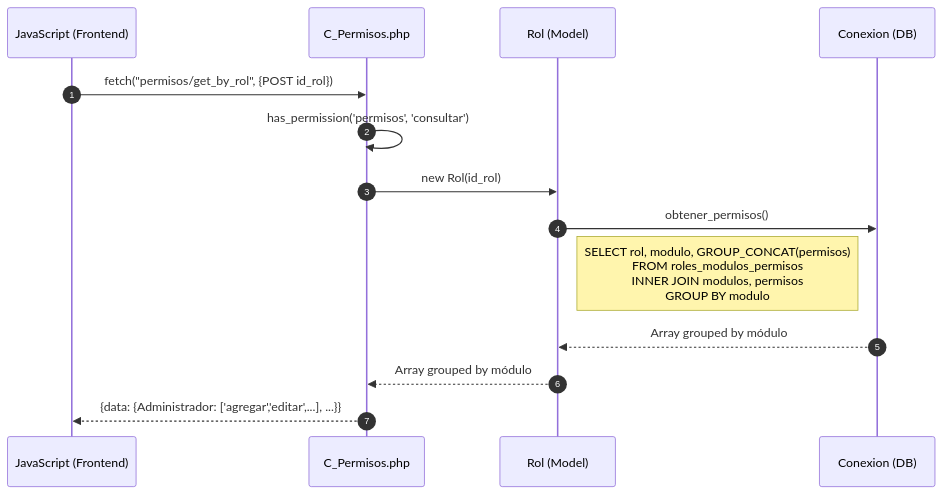
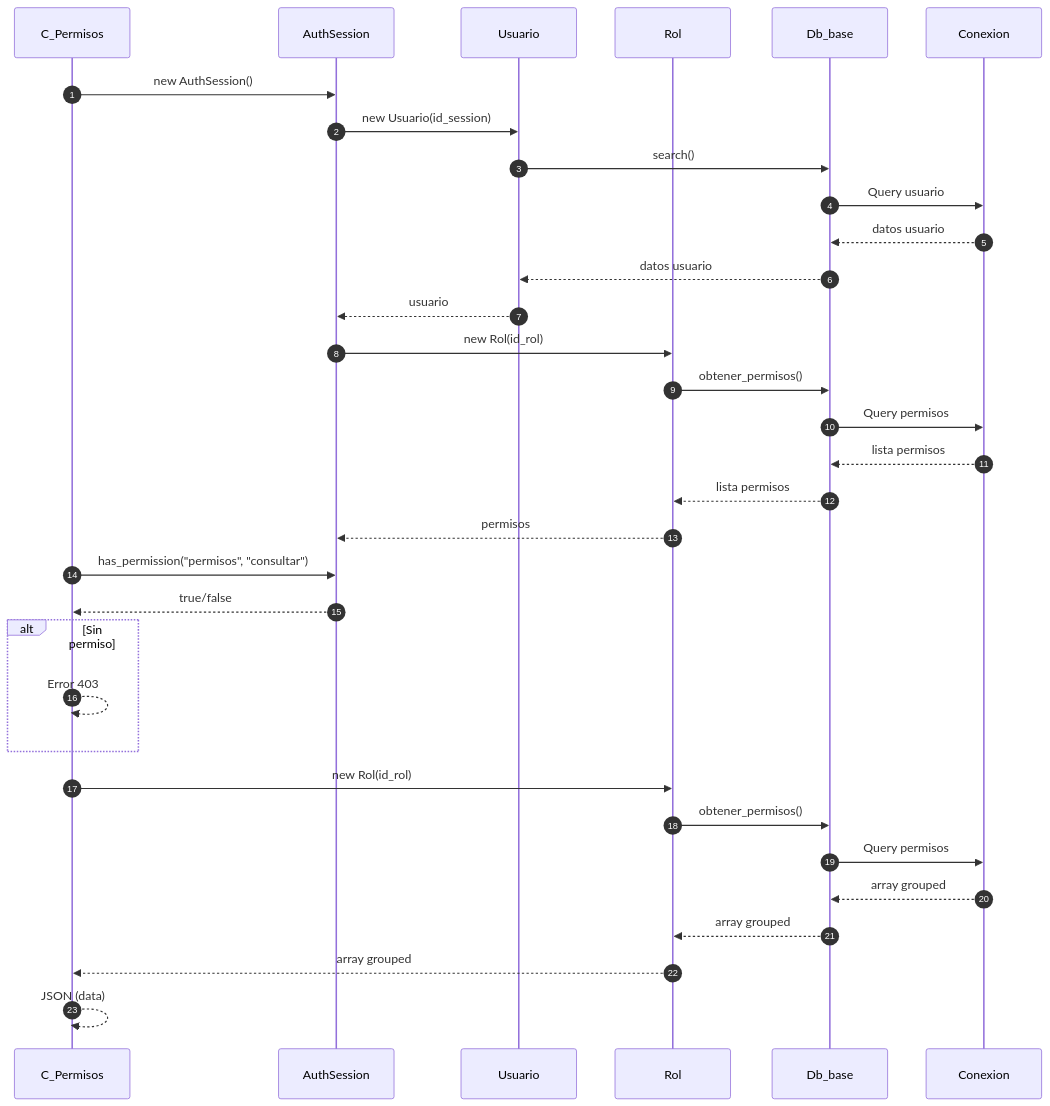
Before and after one commit to Tecrato/BurgerHouse: the fourth of 4 diagrams in docs/secuencia/permisos/permisos.md, drawn with Mermaid. The commit also changed other lines of this file and 13 other files, not shown here.

First line of the commit message:
diagramas actualizaos

````diff
--- a/docs/secuencia/permisos/permisos.md
+++ b/docs/secuencia/permisos/permisos.md
@@ -82,22 +141,41 @@
 ```mermaid
 sequenceDiagram
     autonumber
-    participant JS as JavaScript (Frontend)
-    participant C_Permisos as C_Permisos.php
-    participant Rol as Rol (Model)
-    participant DB as Conexion (DB)
+    participant C_Permisos as C_Permisos
+    participant AuthSession as AuthSession
+    participant Usuario as Usuario
+    participant Rol as Rol
+    participant Db_base as Db_base
+    participant Conexion as Conexion
     
-    JS->>C_Permisos: fetch("permisos/get_by_rol", {POST id_rol})
+    C_Permisos->>AuthSession: new AuthSession()
+    AuthSession->>Usuario: new Usuario(id_session)
+    Usuario->>Db_base: search()
+    Db_base->>Conexion: Query usuario
+    Conexion-->>Db_base: datos usuario
+    Db_base-->>Usuario: datos usuario
+    Usuario-->>AuthSession: usuario
     
-    C_Permisos->>C_Permisos: has_permission('permisos', 'consultar')
+    AuthSession->>Rol: new Rol(id_rol)
+    Rol->>Db_base: obtener_permisos()
+    Db_base->>Conexion: Query permisos
+    Conexion-->>Db_base: lista permisos
+    Db_base-->>Rol: lista permisos
+    Rol-->>AuthSession: permisos
+    
+    C_Permisos->>AuthSession: has_permission("permisos", "consultar")
+    AuthSession-->>C_Permisos: true/false
+    
+    alt Sin permiso
+        C_Permisos-->>C_Permisos: Error 403
+    end
     
     C_Permisos->>Rol: new Rol(id_rol)
-    Rol->>DB: obtener_permisos()
+    Rol->>Db_base: obtener_permisos()
+    Db_base->>Conexion: Query permisos
+    Conexion-->>Db_base: array grouped
+    Db_base-->>Rol: array grouped
+    Rol-->>C_Permisos: array grouped
     
-    Note right of Rol: SELECT rol, modulo, GROUP_CONCAT(permisos)<br/>FROM roles_modulos_permisos<br/>INNER JOIN modulos, permisos<br/>GROUP BY modulo
-    
-    DB-->>Rol: Array grouped by módulo
-    Rol-->>C_Permisos: Array grouped by módulo
-    
-    C_Permisos-->>JS: {data: {Administrador: ['agregar','editar',...], ...}}
+    C_Permisos-->>C_Permisos: JSON (data)
 ```
````
